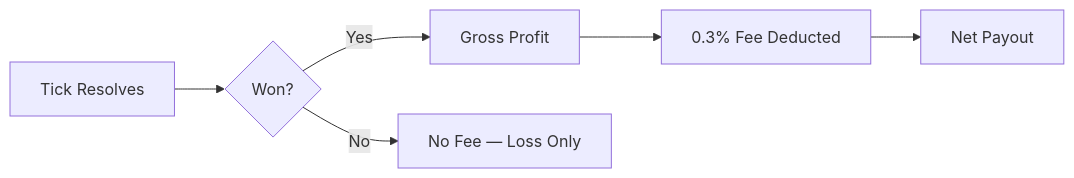
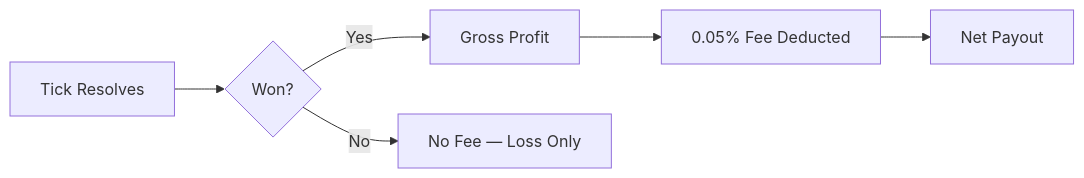
One commit to General-Market/docs changed the diagram in docs/vision/concepts/fees.mdx. Above: the diagram before and after it, drawn with Mermaid. The commit also changed other lines of this file and 8 other files, not shown here.

First line of the commit message:
docs(vision): fee 0.3% → 0.05% across concept and architecture pages

````diff
--- a/docs/vision/concepts/fees.mdx
+++ b/docs/vision/concepts/fees.mdx
@@ -18,8 +18,8 @@
 ```mermaid
 flowchart LR
     A[Tick Resolves] --> B{Won?}
     B -->|Yes| C[Gross Profit]
-    C --> D[0.3% Fee Deducted]
+    C --> D[0.05% Fee Deducted]
     D --> E[Net Payout]
     B -->|No| F[No Fee — Loss Only]
 ```
````
